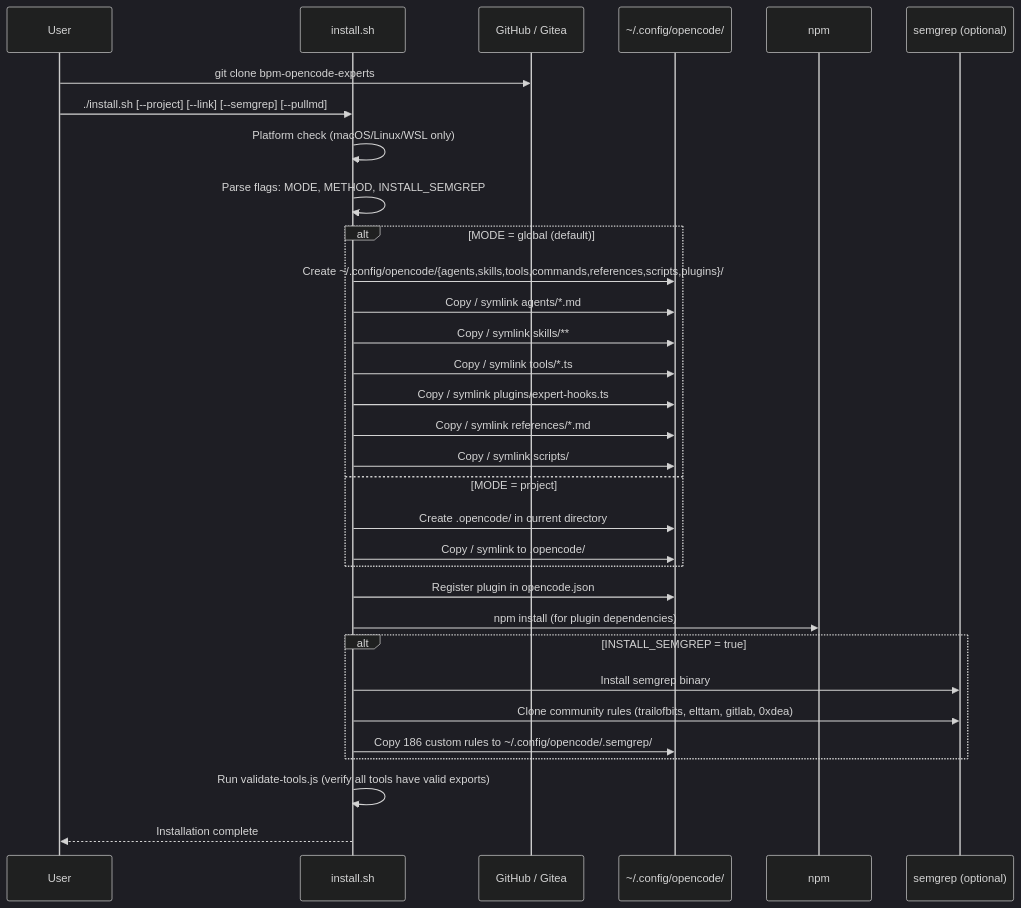
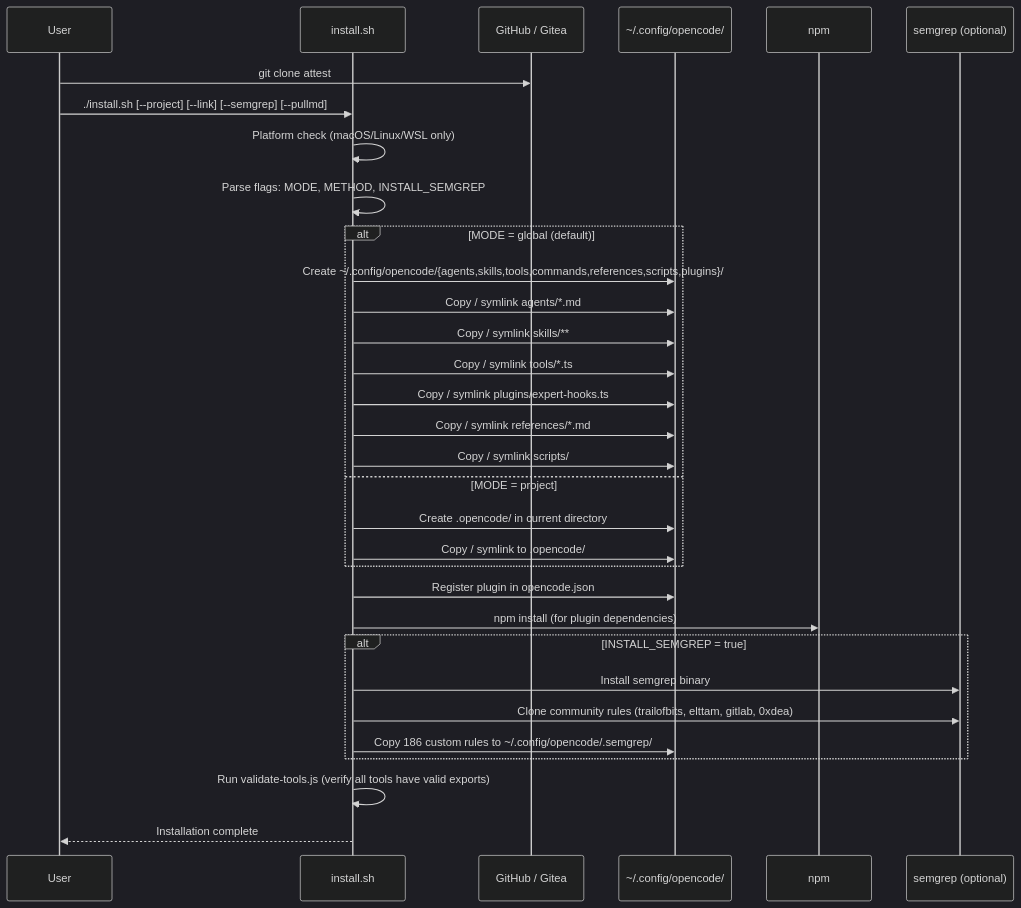
The diagram in docs/review/09-installation.md (bpmforge/attest), drawn with Mermaid (dark theme) before and after one commit. The commit also changed 50 other files, not shown here.

````diff
--- a/docs/review/09-installation.md
+++ b/docs/review/09-installation.md
@@ -7,40 +7,40 @@
 ```mermaid
 sequenceDiagram
     participant U as User
     participant IS as install.sh
     participant GH as GitHub / Gitea
     participant FS as ~/.config/opencode/
     participant NPM as npm
     participant SEMP as semgrep (optional)
 
-    U->>GH: git clone bpm-opencode-experts
+    U->>GH: git clone attest
     U->>IS: ./install.sh [--project] [--link] [--semgrep] [--pullmd]
 
     IS->>IS: Platform check (macOS/Linux/WSL only)
     IS->>IS: Parse flags: MODE, METHOD, INSTALL_SEMGREP
 
     alt MODE = global (default)
         IS->>FS: Create ~/.config/opencode/{agents,skills,tools,commands,references,scripts,plugins}/
         IS->>FS: Copy / symlink agents/*.md
         IS->>FS: Copy / symlink skills/**
         IS->>FS: Copy / symlink tools/*.ts
         IS->>FS: Copy / symlink plugins/expert-hooks.ts
         IS->>FS: Copy / symlink references/*.md
         IS->>FS: Copy / symlink scripts/
     else MODE = project
         IS->>FS: Create .opencode/ in current directory
         IS->>FS: Copy / symlink to .opencode/
     end
 
     IS->>FS: Register plugin in opencode.json
     IS->>NPM: npm install (for plugin dependencies)
 
     alt INSTALL_SEMGREP = true
         IS->>SEMP: Install semgrep binary
         IS->>SEMP: Clone community rules (trailofbits, elttam, gitlab, 0xdea)
         IS->>FS: Copy 186 custom rules to ~/.config/opencode/.semgrep/
     end
 
     IS->>IS: Run validate-tools.js (verify all tools have valid exports)
     IS-->>U: Installation complete
 ```
````
